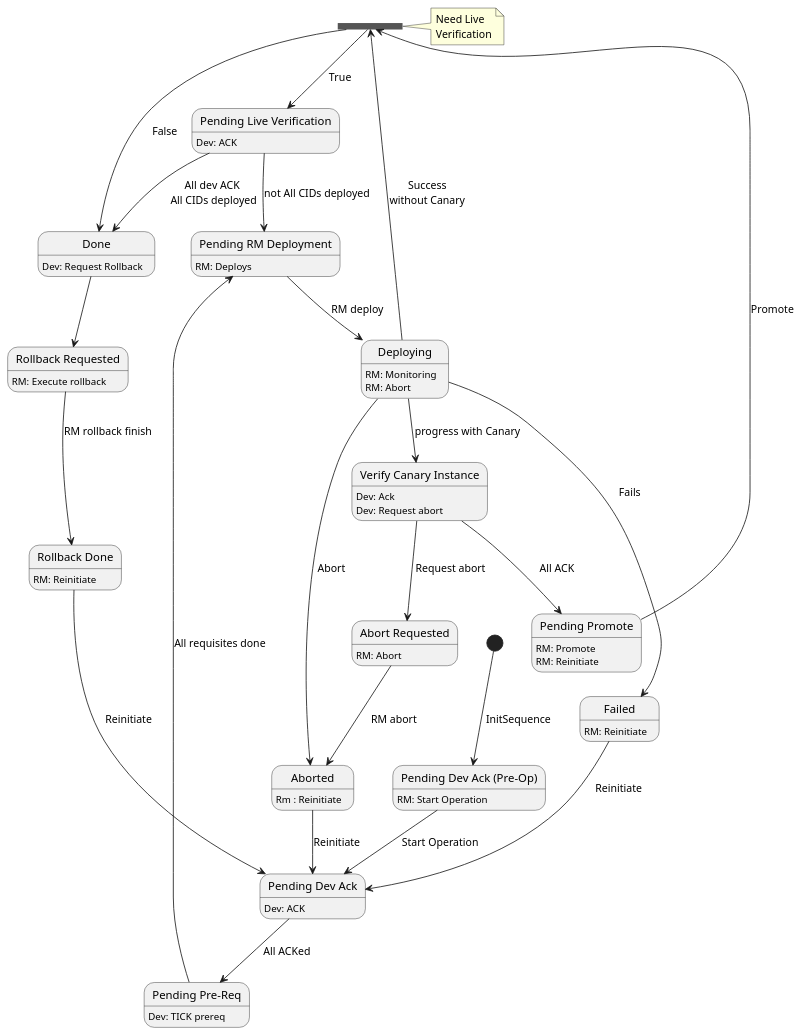
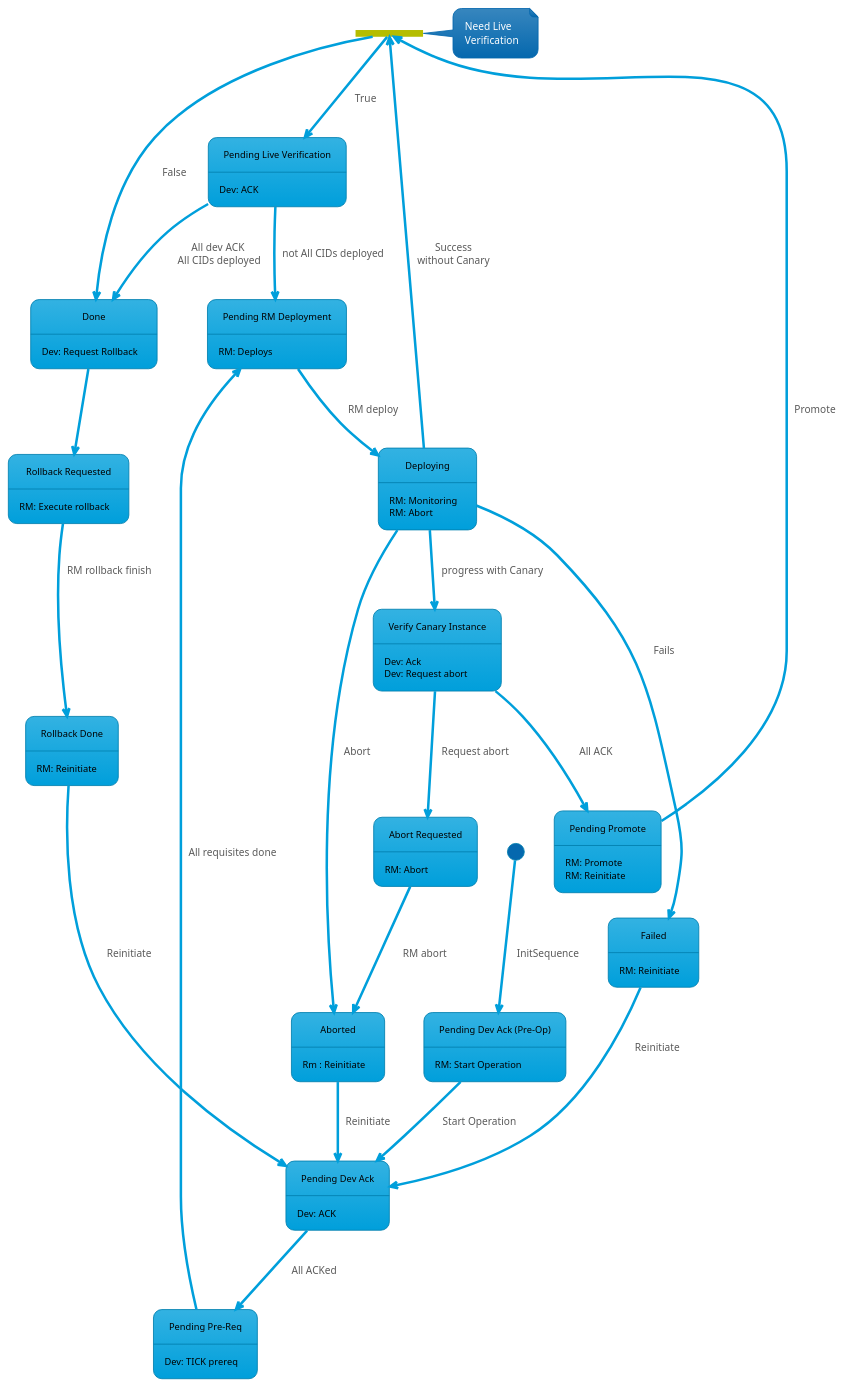
The diagram in src/Multi-Day-Deployment/1current.plantuml (thetomitomo/diagrams), drawn with PlantUML before and after one commit. The commit also changed 5 other files, not shown here.

```diff
--- a/src/Multi-Day-Deployment/1current.plantuml
+++ b/src/Multi-Day-Deployment/1current.plantuml
@@ -1,76 +1,79 @@
 @startuml
+!theme bluegray
+skinparam FooterFontColor black
+skinparam StateFontColor black
 
 state "Pending Dev Ack (Pre-Op)" as preOp
 state "Pending Dev Ack" as pendingDevAck
 state "Pending Pre-Req" as pendingPreReq
 state "Pending RM Deployment" as pendingRMDeploy
 state "Verify Canary Instance" as verifyCanary
 state "Pending Live Verification" as pendingLiveVer
 state pendingLiveVerFork <<fork>>
 state "Pending Promote" as pendingPromote
 state "Abort Requested" as abortRequested
 state "Rollback Requested" as rollbackRequested
 state "Rollback Done" as rollbackDone
 
 
 [*] --> preOp : InitSequence
 preOp: RM: Start Operation
 
 preOp --> pendingDevAck : Start Operation
 pendingDevAck: Dev: ACK
 
 pendingDevAck --> pendingPreReq : All ACKed
 pendingPreReq: Dev: TICK prereq
 
 pendingPreReq --> pendingRMDeploy : All requisites done
 pendingRMDeploy: RM: Deploys
 
 pendingRMDeploy --> Deploying : RM deploy
 Deploying : RM: Monitoring
 Deploying : RM: Abort
 
 Deploying --> Aborted : Abort
 
 Deploying --> Failed : Fails
 
 Failed --> pendingDevAck : Reinitiate
 Failed: RM: Reinitiate
 
 Deploying --> verifyCanary : progress with Canary
 verifyCanary: Dev: Ack
 verifyCanary: Dev: Request abort
 
 verifyCanary --> pendingPromote : All ACK
 pendingPromote: RM: Promote
 
 verifyCanary --> abortRequested : Request abort
 abortRequested: RM: Abort
 
 abortRequested --> Aborted : RM abort
 Aborted: Rm : Reinitiate
 
 Aborted --> pendingDevAck : Reinitiate
 pendingPromote: RM: Reinitiate
 
 pendingPromote --> pendingLiveVerFork : Promote
 note right of pendingLiveVerFork : Need Live\nVerification
 pendingLiveVerFork --> pendingLiveVer : True
 pendingLiveVerFork --> Done : False
 
 pendingLiveVer --> Done :All dev ACK\n All CIDs deployed
 pendingLiveVer --> pendingRMDeploy : not All CIDs deployed
 pendingLiveVer: Dev: ACK
 
 Deploying --> pendingLiveVerFork : Success\nwithout Canary
 
 Done: Dev: Request Rollback
 
 Done --> rollbackRequested
 rollbackRequested: RM: Execute rollback
 
 rollbackRequested --> rollbackDone : RM rollback finish
 rollbackDone: RM: Reinitiate
 
 rollbackDone --> pendingDevAck : Reinitiate
 
 @enduml
```
